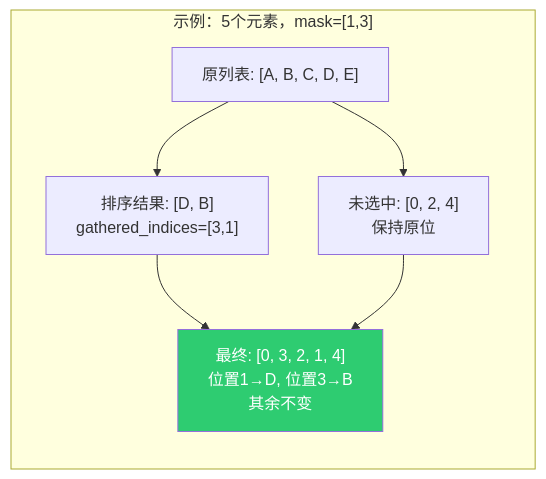
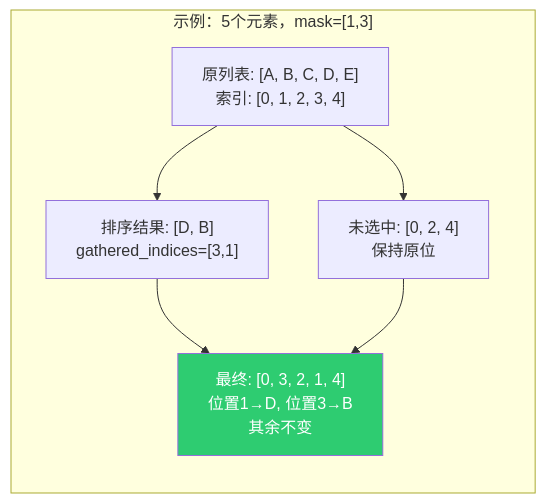
Before and after one commit to yunkezengren/blender-.vscode: the tenth of 18 diagrams in 杂/markdown/几何节点-列表/07.5-SortList节点.md, drawn with Mermaid. The commit also changed other lines of this file and 2 other files, not shown here.

````diff
--- a/杂/markdown/几何节点-列表/07.5-SortList节点.md
+++ b/杂/markdown/几何节点-列表/07.5-SortList节点.md
@@ -800,16 +1085,16 @@
 ```mermaid
 flowchart LR
     subgraph "示例：5个元素，mask=[1,3]"
-        SRC["原列表: [A, B, C, D, E]"]
+        SRC["原列表: [A, B, C, D, E]<br/>索引:   [0, 1, 2, 3, 4]"]
         SORTED["排序结果: [D, B]<br/>gathered_indices=[3,1]"]
         UNSORTED["未选中: [0, 2, 4]<br/>保持原位"]
         RESULT["最终: [0, 3, 2, 1, 4]<br/>位置1→D, 位置3→B<br/>其余不变"]
     end
 
     SRC --> SORTED
     SRC --> UNSORTED
     SORTED --> RESULT
     UNSORTED --> RESULT
 
     style RESULT fill:#2ecc71,color:#fff
 ```
````
